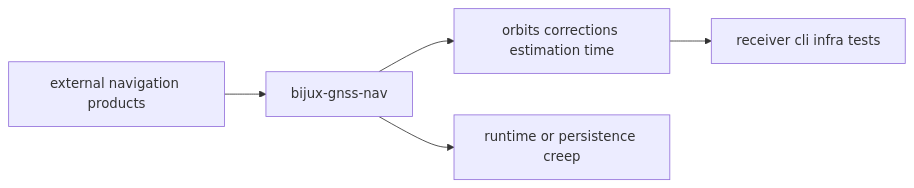
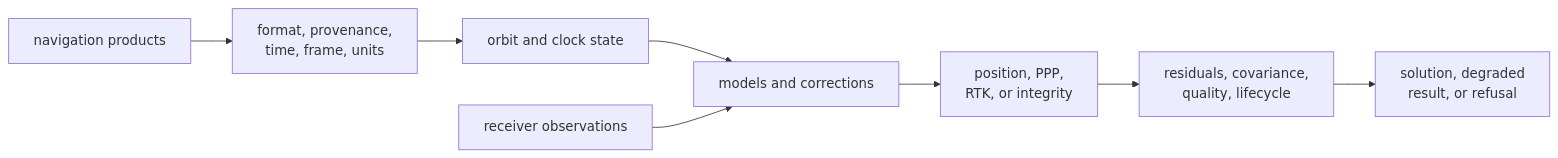
One commit to bijux/bijux-telecom changed the first of 2 diagrams in docs/04-bijux-gnss-nav/foundation/index.md. Above: the diagram before and after it, drawn with Mermaid. The commit also changed other lines of this file, not shown here.

Commit message:
docs(nav): trace scientific claims to evidence

````diff
--- a/docs/04-bijux-gnss-nav/foundation/index.md
+++ b/docs/04-bijux-gnss-nav/foundation/index.md
@@ -18,11 +20,15 @@
 ```mermaid
 flowchart LR
-    external["external navigation products"]
-    nav["bijux-gnss-nav"]
-    contracts["orbits corrections estimation time"]
-    downstream["receiver cli infra tests"]
-    drift["runtime or persistence creep"]
+    products["navigation products"]
+    observations["receiver observations"]
+    interpretation["format, provenance,<br/>time, frame, units"]
+    state["orbit and clock state"]
+    corrections["models and corrections"]
+    estimate["position, PPP,<br/>RTK, or integrity"]
+    evidence["residuals, covariance,<br/>quality, lifecycle"]
+    outcome["solution, degraded<br/>result, or refusal"]
 
-    external --> nav --> contracts --> downstream
-    nav --> drift
+    products --> interpretation --> state --> corrections
+    observations --> corrections
+    corrections --> estimate --> evidence --> outcome
 ```
````
